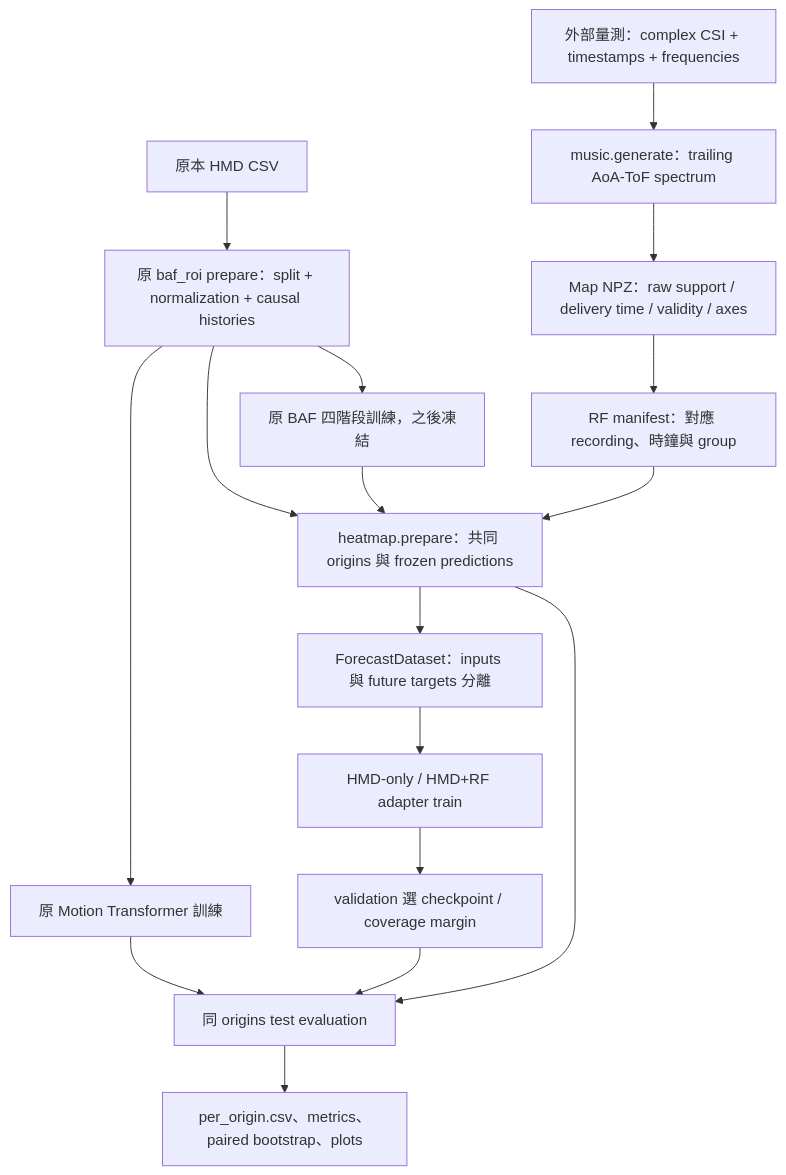
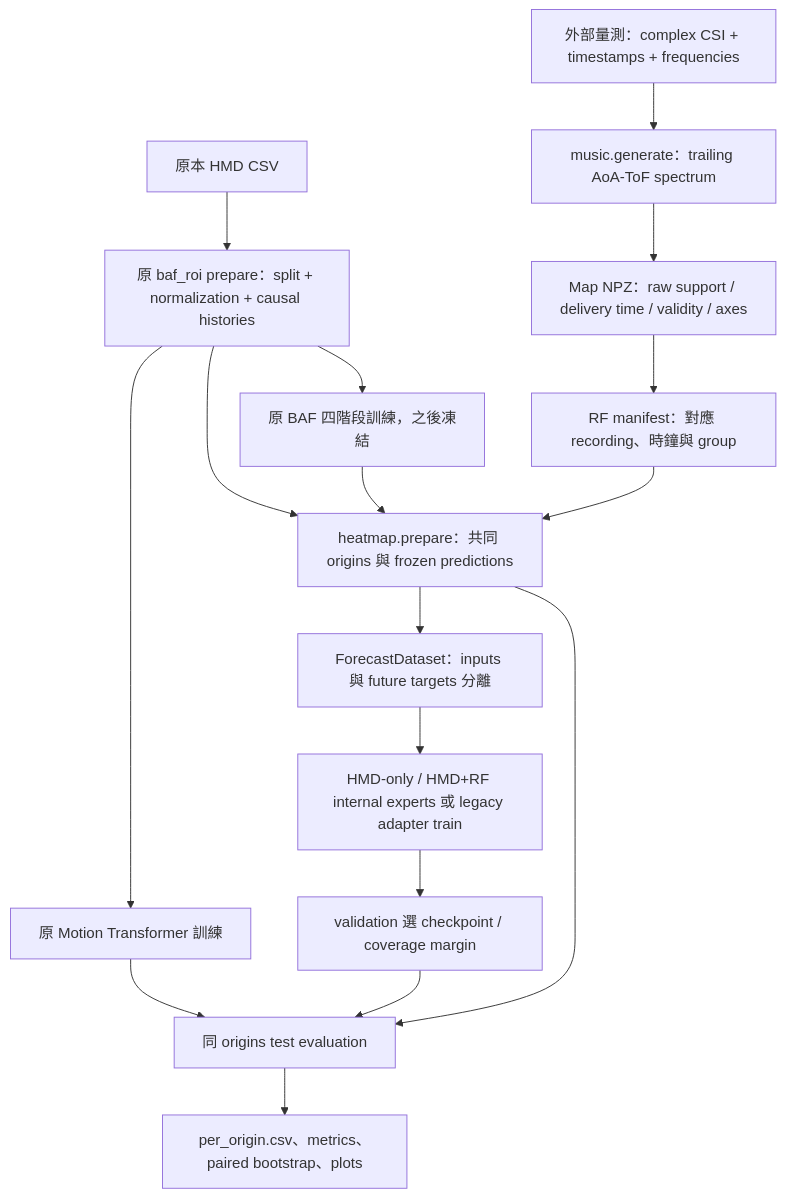
One commit to Rookieason/baf_roi_history6dof_v2 changed the diagram in docs/README_HEATMAP_ARCHITECTURE.md. Above: the diagram before and after it, drawn with Mermaid. The commit also changed other lines of this file and 24 other files, not shown here.

````diff
--- a/docs/README_HEATMAP_ARCHITECTURE.md
+++ b/docs/README_HEATMAP_ARCHITECTURE.md
@@ -9,19 +11,19 @@
 ```mermaid
 flowchart TD
     A[外部量測：complex CSI + timestamps + frequencies] --> B[music.generate：trailing AoA-ToF spectrum]
     B --> C[Map NPZ：raw support / delivery time / validity / axes]
     D[原本 HMD CSV] --> E[原 baf_roi prepare：split + normalization + causal histories]
     E --> F[原 BAF 四階段訓練，之後凍結]
     E --> G[原 Motion Transformer 訓練]
     C --> H[RF manifest：對應 recording、時鐘與 group]
     E --> I[heatmap.prepare：共同 origins 與 frozen predictions]
     F --> I
     H --> I
     I --> J[ForecastDataset：inputs 與 future targets 分離]
-    J --> K[HMD-only / HMD+RF adapter train]
+    J --> K[HMD-only / HMD+RF internal experts 或 legacy adapter train]
     K --> L[validation 選 checkpoint / coverage margin]
     G --> M[同 origins test evaluation]
     L --> M
     I --> M
     M --> N[per_origin.csv、metrics、paired bootstrap、plots]
 ```
````
